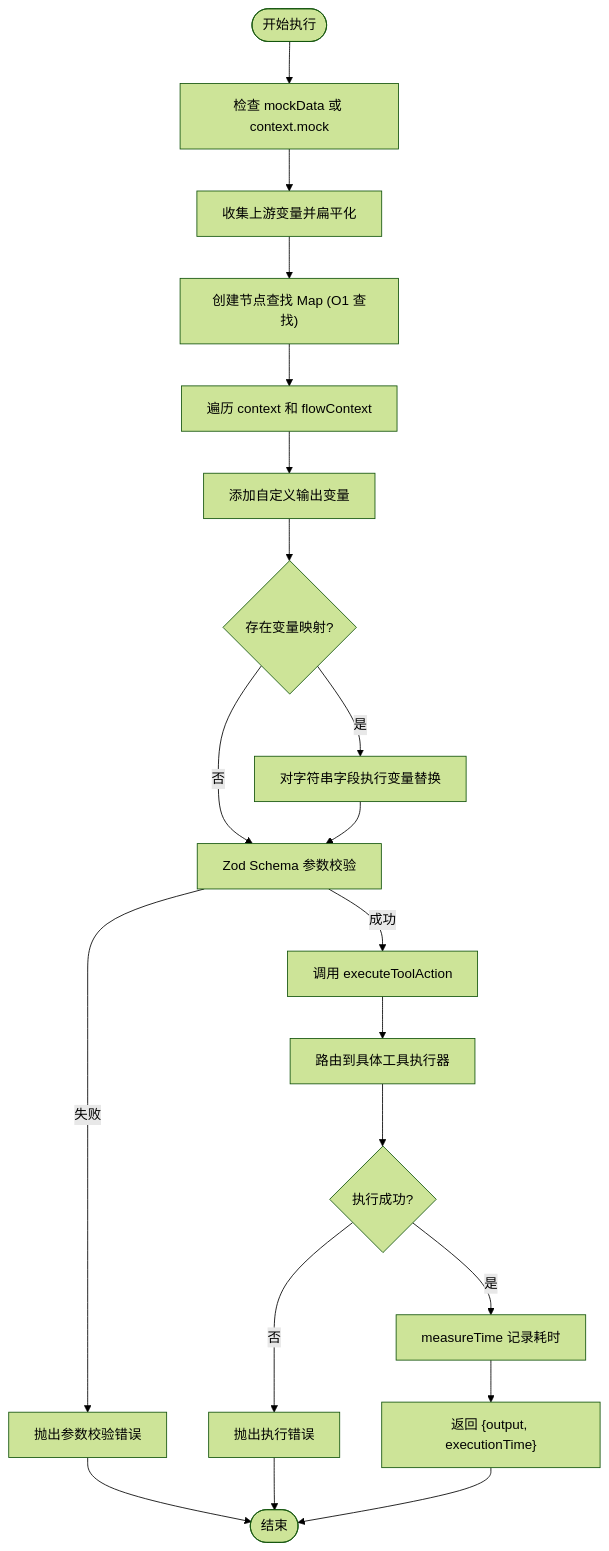
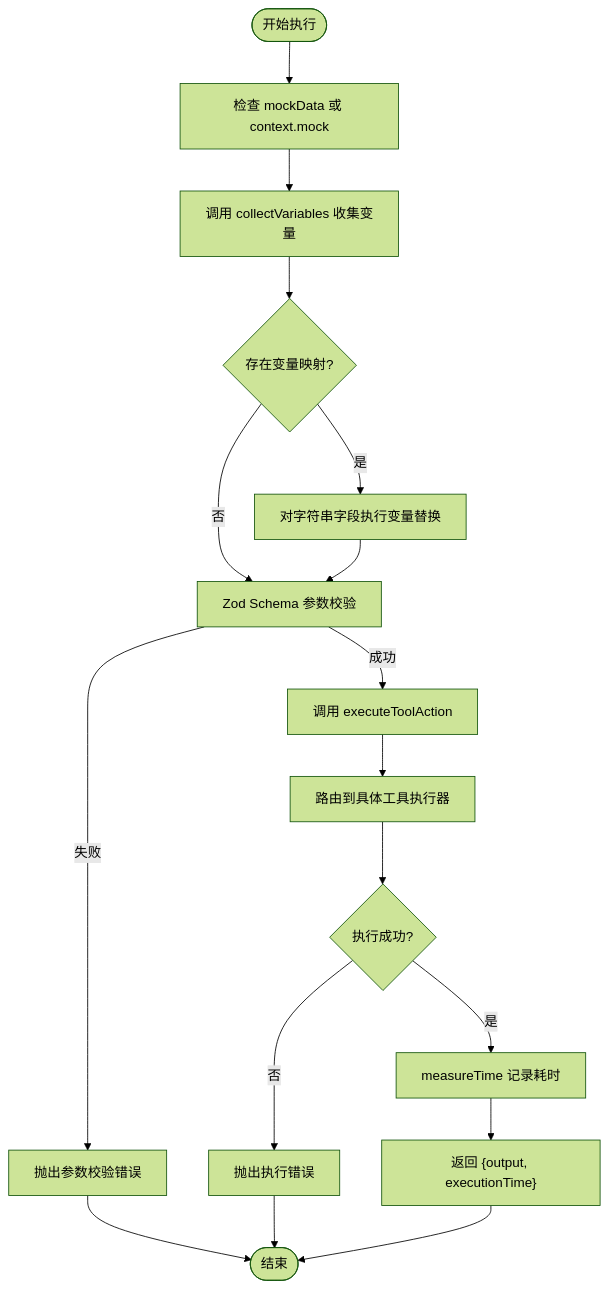
Before and after one commit to JasperLin2333/Flash-Flow: the first of 2 diagrams in docs/design/tool节点详情.md, drawn with Mermaid (forest theme). The commit also changed other lines of this file and 122 other files, not shown here.

First line of the commit message:
Add advanced node features and refactor flow logic

````diff
--- a/docs/design/tool节点详情.md
+++ b/docs/design/tool节点详情.md
@@ -129,22 +217,19 @@
 ```mermaid
 flowchart TD
     Start(["开始执行"]) --> CheckMock["检查 mockData 或 context.mock"]
-    CheckMock --> CollectVars["收集上游变量并扁平化"]
-    CollectVars --> BuildMap["创建节点查找 Map (O1 查找)"]
-    BuildMap --> FlattenLoop["遍历 context 和 flowContext"]
-    FlattenLoop --> AddCustom["添加自定义输出变量"]
-    AddCustom --> ReplaceVars{"存在变量映射?"}
+    CheckMock --> CollectVars["调用 collectVariables 收集变量"]
+    CollectVars --> ReplaceVars{"存在变量映射?"}
     ReplaceVars -->|是| DoReplace["对字符串字段执行变量替换"]
     ReplaceVars -->|否| Validate
     DoReplace --> Validate["Zod Schema 参数校验"]
     Validate -->|失败| ThrowErr["抛出参数校验错误"]
     Validate -->|成功| CallTool["调用 executeToolAction"]
     CallTool --> RouteToExecutor["路由到具体工具执行器"]
     RouteToExecutor --> ToolOk{"执行成功?"}
     ToolOk -->|否| ThrowExecErr["抛出执行错误"]
     ToolOk -->|是| Measure["measureTime 记录耗时"]
     Measure --> ReturnRes["返回 {output, executionTime}"]
     ThrowErr --> End(["结束"])
     ThrowExecErr --> End
     ReturnRes --> End
 ```
````
